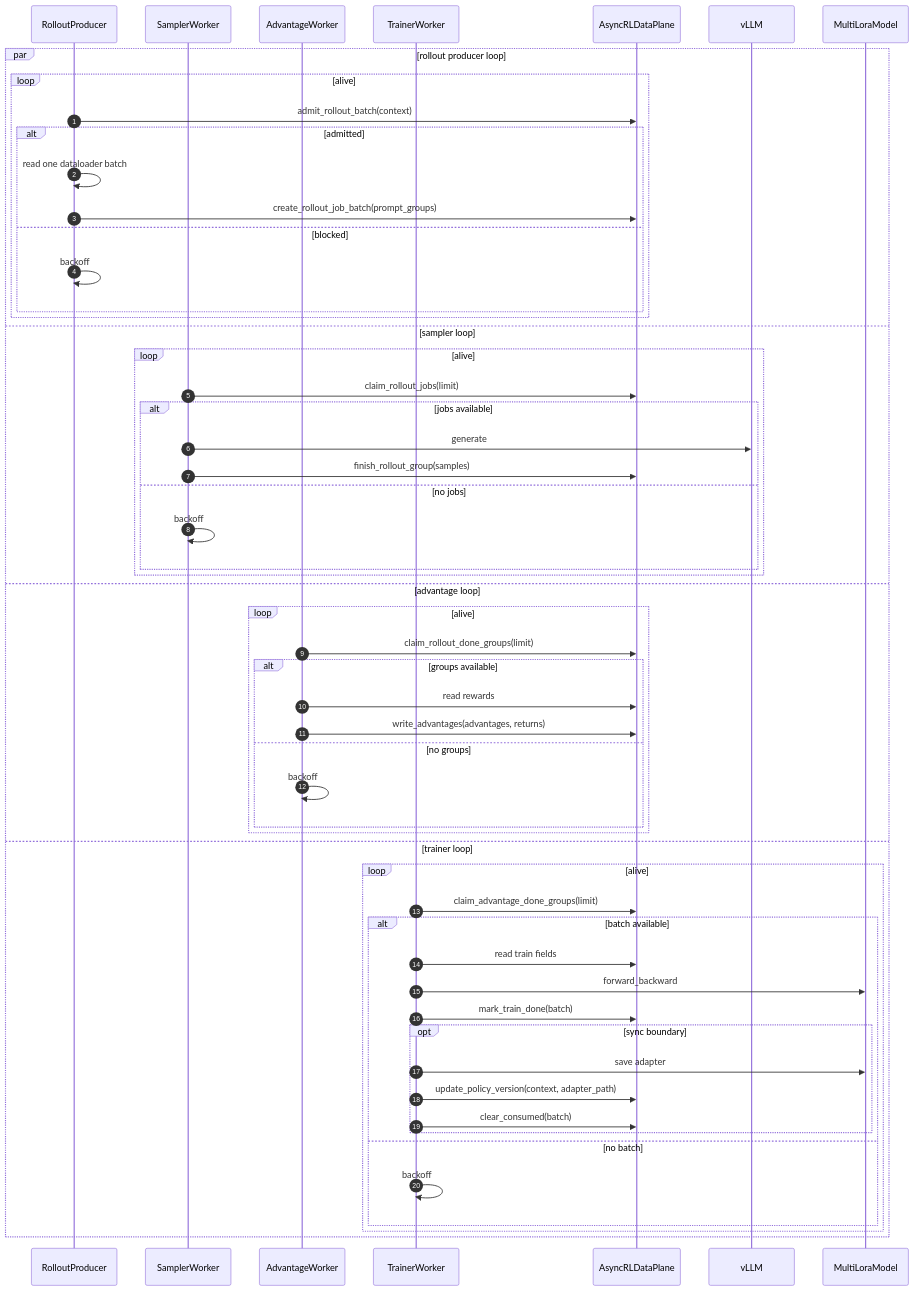
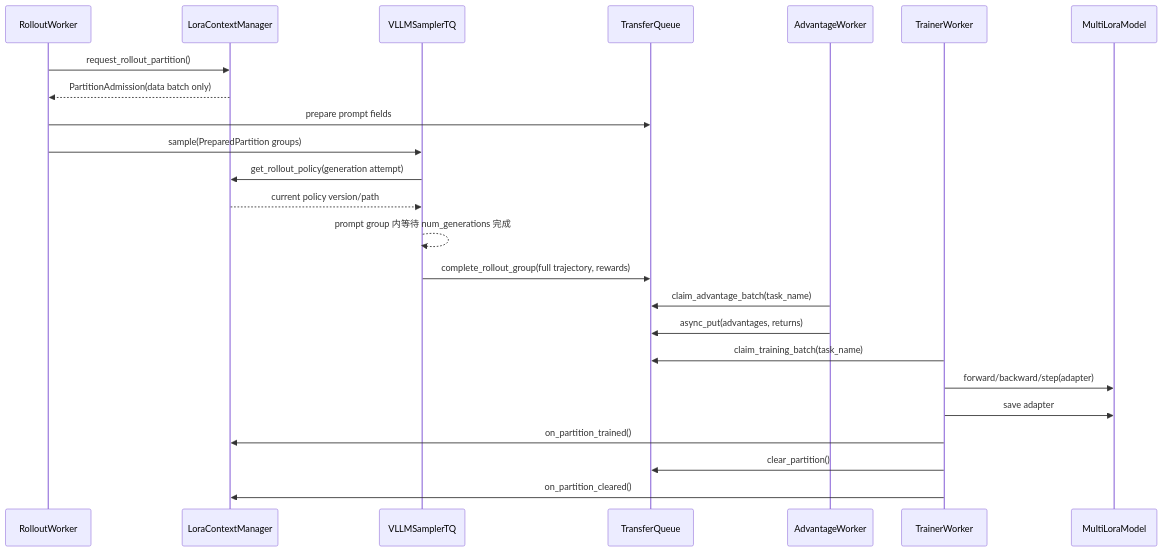
One commit to meichangsu1/twinkle changed the second of 2 diagrams in doc.md. Above: the diagram before and after it, drawn with Mermaid. The commit also changed other lines of this file and 29 other files, not shown here.

````diff
--- a/doc.md
+++ b/doc.md
@@ -149,59 +54,27 @@
 ```mermaid
 sequenceDiagram
-    autonumber
-    participant P as RolloutProducer
-    participant S as SamplerWorker
+    participant R as RolloutWorker
+    participant M as LoraContextManager
+    participant S as VLLMSamplerTQ
+    participant TQ as TransferQueue
     participant A as AdvantageWorker
     participant T as TrainerWorker
-    participant DP as AsyncRLDataPlane
-    participant V as vLLM
-    participant M as MultiLoraModel
+    participant Model as MultiLoraModel
 
-    par rollout producer loop
-        loop alive
-            P->>DP: admit_rollout_batch(context)
-            alt admitted
-                P->>P: read one dataloader batch
-                P->>DP: create_rollout_job_batch(prompt_groups)
-            else blocked
-                P->>P: backoff
-            end
-        end
-    and sampler loop
-        loop alive
-            S->>DP: claim_rollout_jobs(limit)
-            alt jobs available
-                S->>V: generate
-                S->>DP: finish_rollout_group(samples)
-            else no jobs
-                S->>S: backoff
-            end
-        end
-    and advantage loop
-        loop alive
-            A->>DP: claim_rollout_done_groups(limit)
-            alt groups available
-                A->>DP: read rewards
-                A->>DP: write_advantages(advantages, returns)
-            else no groups
-                A->>A: backoff
-            end
-        end
-    and trainer loop
-        loop alive
-            T->>DP: claim_advantage_done_groups(limit)
-            alt batch available
-                T->>DP: read train fields
-                T->>M: forward_backward
-                T->>DP: mark_train_done(batch)
-                opt sync boundary
-                    T->>M: save adapter
-                    T->>DP: update_policy_version(context, adapter_path)
-                    T->>DP: clear_consumed(batch)
-                end
-            else no batch
-                T->>T: backoff
-            end
-        end
-    end
+    R->>M: request_rollout_partition()
+    M-->>R: PartitionAdmission(data batch only)
+    R->>TQ: prepare prompt fields
+    R->>S: sample(PreparedPartition groups)
+    S->>M: get_rollout_policy(generation attempt)
+    M-->>S: current policy version/path
+    S-->>S: prompt group 内等待 num_generations 完成
+    S->>TQ: complete_rollout_group(full trajectory, rewards)
+    A->>TQ: claim_advantage_batch(task_name)
+    A->>TQ: async_put(advantages, returns)
+    T->>TQ: claim_training_batch(task_name)
+    T->>Model: forward/backward/step(adapter)
+    T->>Model: save adapter
+    T->>M: on_partition_trained()
+    T->>TQ: clear_partition()
+    T->>M: on_partition_cleared()
 ```
````
